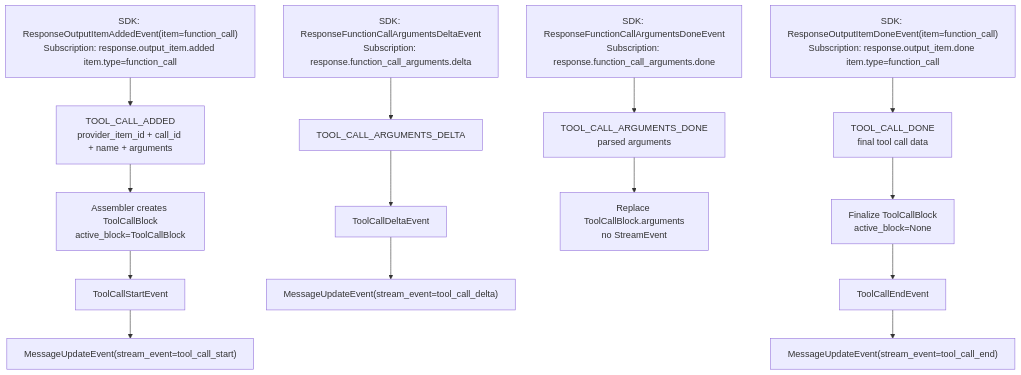
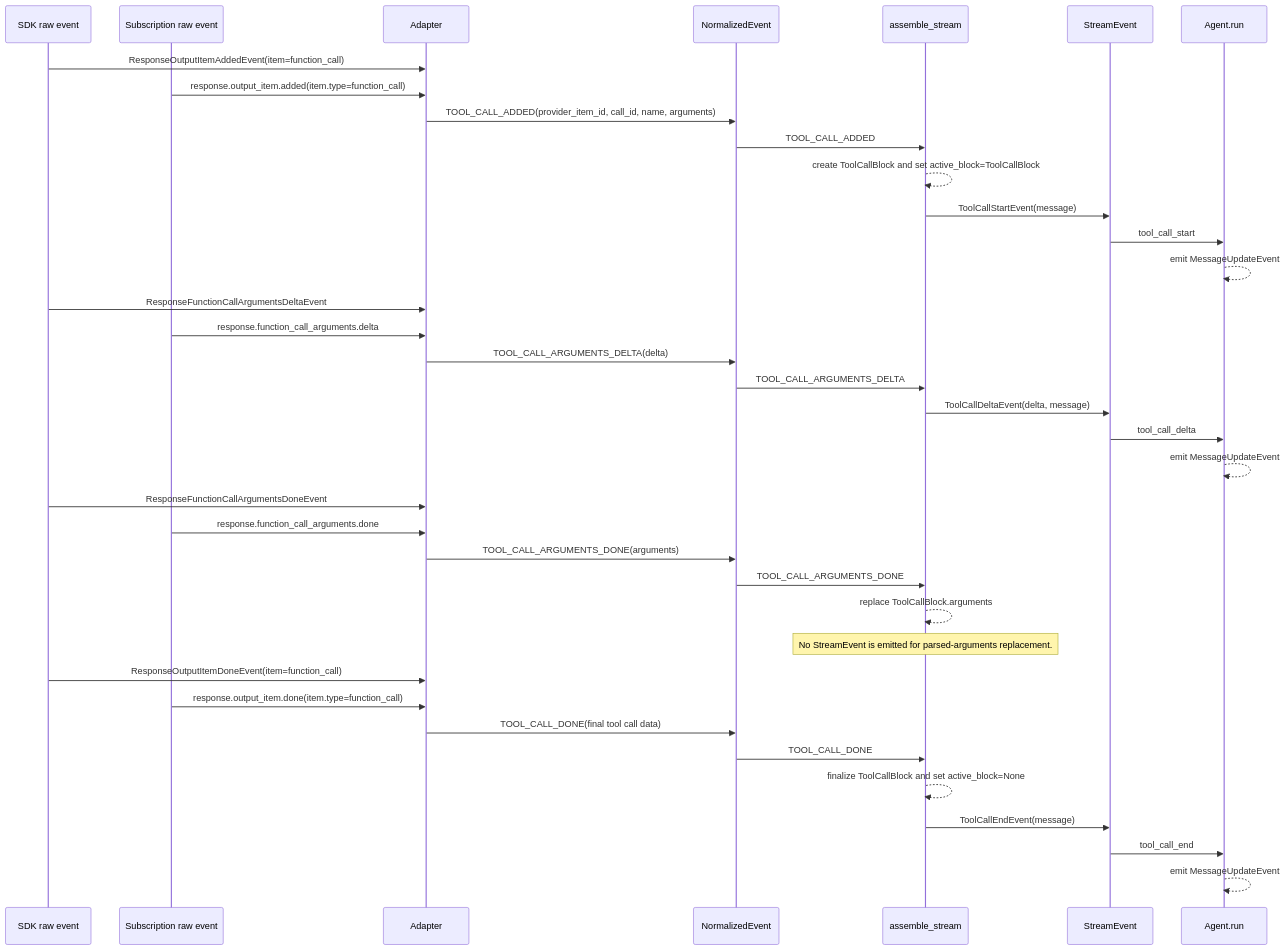
Before and after one commit to muneebshahid/tile: the fifth of 8 diagrams in docs/openai-stream-event-lifecycle.md, drawn with Mermaid. The commit also changed other lines of this file, not shown here.

Commit message:
Refactor OpenAI Stream Event Lifecycle documentation with updated Mermaid diagrams for clarity and consistency

````diff
--- a/docs/openai-stream-event-lifecycle.md
+++ b/docs/openai-stream-event-lifecycle.md
@@ -130,28 +177,43 @@
 ```mermaid
-flowchart TD
-    raw_tool_added["SDK: ResponseOutputItemAddedEvent(item=function_call)<br/>Subscription: response.output_item.added item.type=function_call"]
-    normalized_tool_added["TOOL_CALL_ADDED<br/>provider_item_id + call_id + name + arguments"]
-    start_tool["Assembler creates ToolCallBlock<br/>active_block=ToolCallBlock"]
-    tool_start["ToolCallStartEvent"]
-    agent_tool_start_update["MessageUpdateEvent(stream_event=tool_call_start)"]
+sequenceDiagram
+    participant SDK as SDK raw event
+    participant Sub as Subscription raw event
+    participant Adapter as Adapter
+    participant Norm as NormalizedEvent
+    participant Asm as assemble_stream
+    participant Stream as StreamEvent
+    participant Agent as Agent.run
 
-    raw_tool_delta["SDK: ResponseFunctionCallArgumentsDeltaEvent<br/>Subscription: response.function_call_arguments.delta"]
-    normalized_tool_delta["TOOL_CALL_ARGUMENTS_DELTA"]
-    tool_delta_event["ToolCallDeltaEvent"]
-    agent_tool_delta_update["MessageUpdateEvent(stream_event=tool_call_delta)"]
+    SDK->>Adapter: ResponseOutputItemAddedEvent(item=function_call)
+    Sub->>Adapter: response.output_item.added(item.type=function_call)
+    Adapter->>Norm: TOOL_CALL_ADDED(provider_item_id, call_id, name, arguments)
+    Norm->>Asm: TOOL_CALL_ADDED
+    Asm-->>Asm: create ToolCallBlock and set active_block=ToolCallBlock
+    Asm->>Stream: ToolCallStartEvent(message)
+    Stream->>Agent: tool_call_start
+    Agent-->>Agent: emit MessageUpdateEvent
 
-    raw_tool_args_done["SDK: ResponseFunctionCallArgumentsDoneEvent<br/>Subscription: response.function_call_arguments.done"]
-    normalized_tool_args_done["TOOL_CALL_ARGUMENTS_DONE<br/>parsed arguments"]
-    replace_args["Replace ToolCallBlock.arguments<br/>no StreamEvent"]
+    SDK->>Adapter: ResponseFunctionCallArgumentsDeltaEvent
+    Sub->>Adapter: response.function_call_arguments.delta
+    Adapter->>Norm: TOOL_CALL_ARGUMENTS_DELTA(delta)
+    Norm->>Asm: TOOL_CALL_ARGUMENTS_DELTA
+    Asm->>Stream: ToolCallDeltaEvent(delta, message)
+    Stream->>Agent: tool_call_delta
+    Agent-->>Agent: emit MessageUpdateEvent
 
-    raw_tool_done["SDK: ResponseOutputItemDoneEvent(item=function_call)<br/>Subscription: response.output_item.done item.type=function_call"]
-    normalized_tool_done["TOOL_CALL_DONE<br/>final tool call data"]
-    finalize_tool["Finalize ToolCallBlock<br/>active_block=None"]
-    tool_end["ToolCallEndEvent"]
-    agent_tool_end_update["MessageUpdateEvent(stream_event=tool_call_end)"]
+    SDK->>Adapter: ResponseFunctionCallArgumentsDoneEvent
+    Sub->>Adapter: response.function_call_arguments.done
+    Adapter->>Norm: TOOL_CALL_ARGUMENTS_DONE(arguments)
+    Norm->>Asm: TOOL_CALL_ARGUMENTS_DONE
+    Asm-->>Asm: replace ToolCallBlock.arguments
+    Note over Asm: No StreamEvent is emitted for parsed-arguments replacement.
 
-    raw_tool_added --> normalized_tool_added --> start_tool --> tool_start --> agent_tool_start_update
-    raw_tool_delta --> normalized_tool_delta --> tool_delta_event --> agent_tool_delta_update
-    raw_tool_args_done --> normalized_tool_args_done --> replace_args
-    raw_tool_done --> normalized_tool_done --> finalize_tool --> tool_end --> agent_tool_end_update
+    SDK->>Adapter: ResponseOutputItemDoneEvent(item=function_call)
+    Sub->>Adapter: response.output_item.done(item.type=function_call)
+    Adapter->>Norm: TOOL_CALL_DONE(final tool call data)
+    Norm->>Asm: TOOL_CALL_DONE
+    Asm-->>Asm: finalize ToolCallBlock and set active_block=None
+    Asm->>Stream: ToolCallEndEvent(message)
+    Stream->>Agent: tool_call_end
+    Agent-->>Agent: emit MessageUpdateEvent
 ```
````
